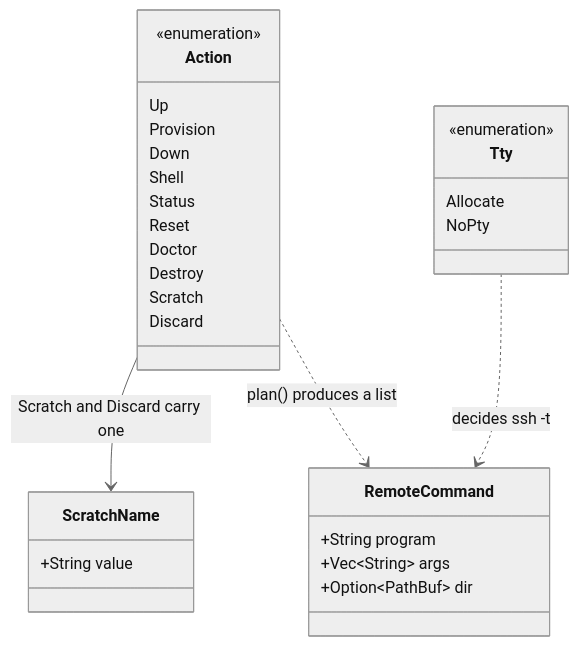
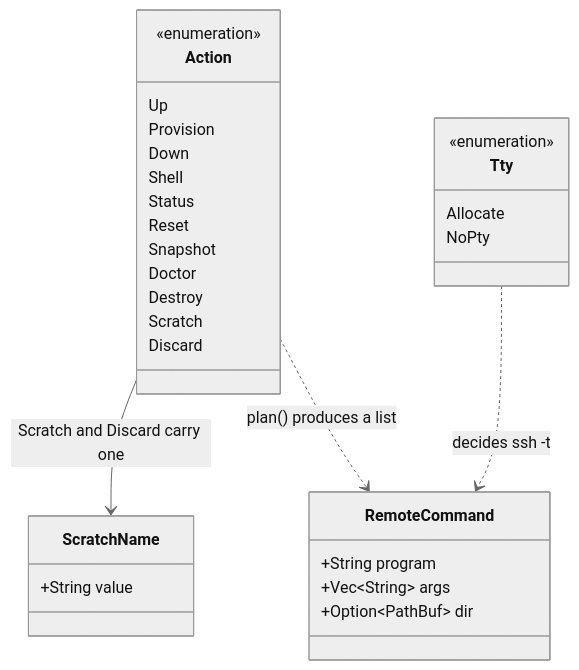
The fourth of 6 diagrams in docs/architecture.md (breki/bombyx), drawn with Mermaid (neutral theme) before and after one commit. The commit also changed other lines of this file and 11 other files, not shown here.

````diff
--- a/docs/architecture.md
+++ b/docs/architecture.md
@@ -285,33 +285,34 @@
 ```mermaid
 classDiagram
   class Action {
     <<enumeration>>
     Up
     Provision
     Down
     Shell
     Status
     Reset
+    Snapshot
     Doctor
     Destroy
     Scratch
     Discard
   }
   class ScratchName {
     +String value
   }
   class RemoteCommand {
     +String program
     +Vec~String~ args
     +Option~PathBuf~ dir
   }
   class Tty {
     <<enumeration>>
     Allocate
     NoPty
   }
 
   Action --> ScratchName : Scratch and Discard carry one
   Action ..> RemoteCommand : plan() produces a list
   Tty ..> RemoteCommand : decides ssh -t
 ```
````
